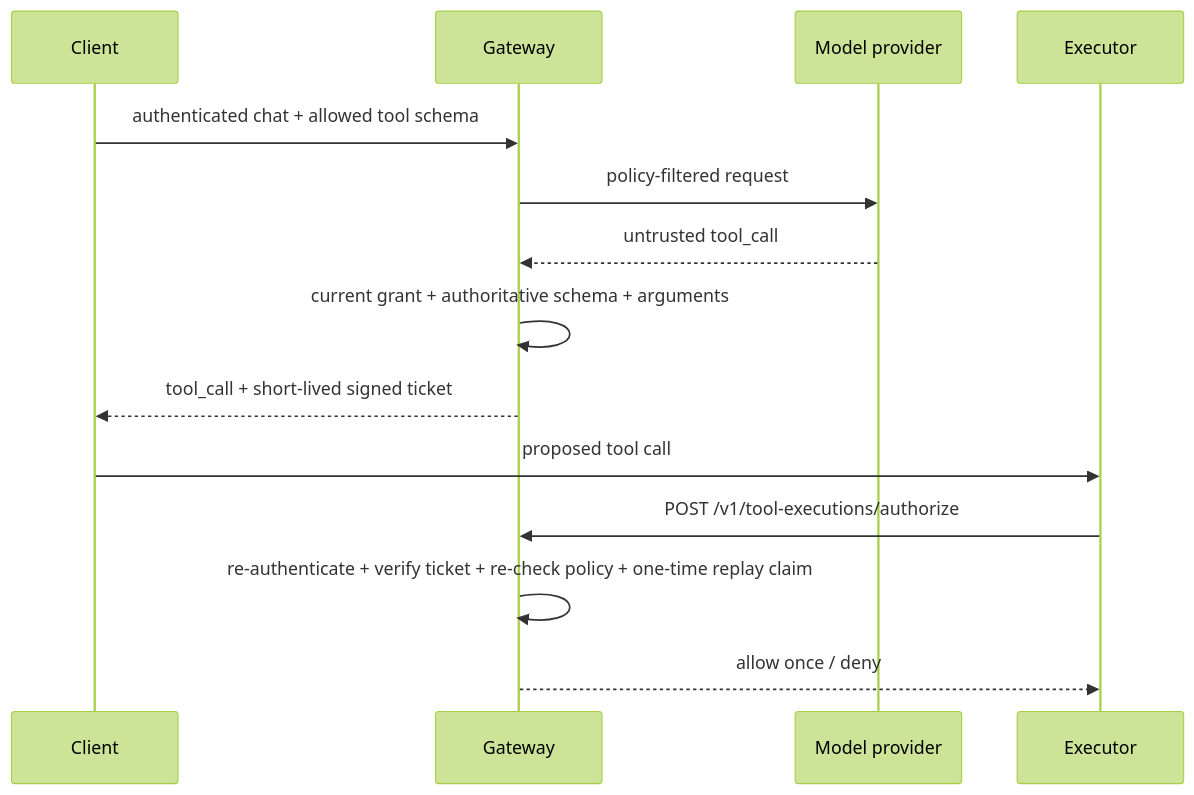
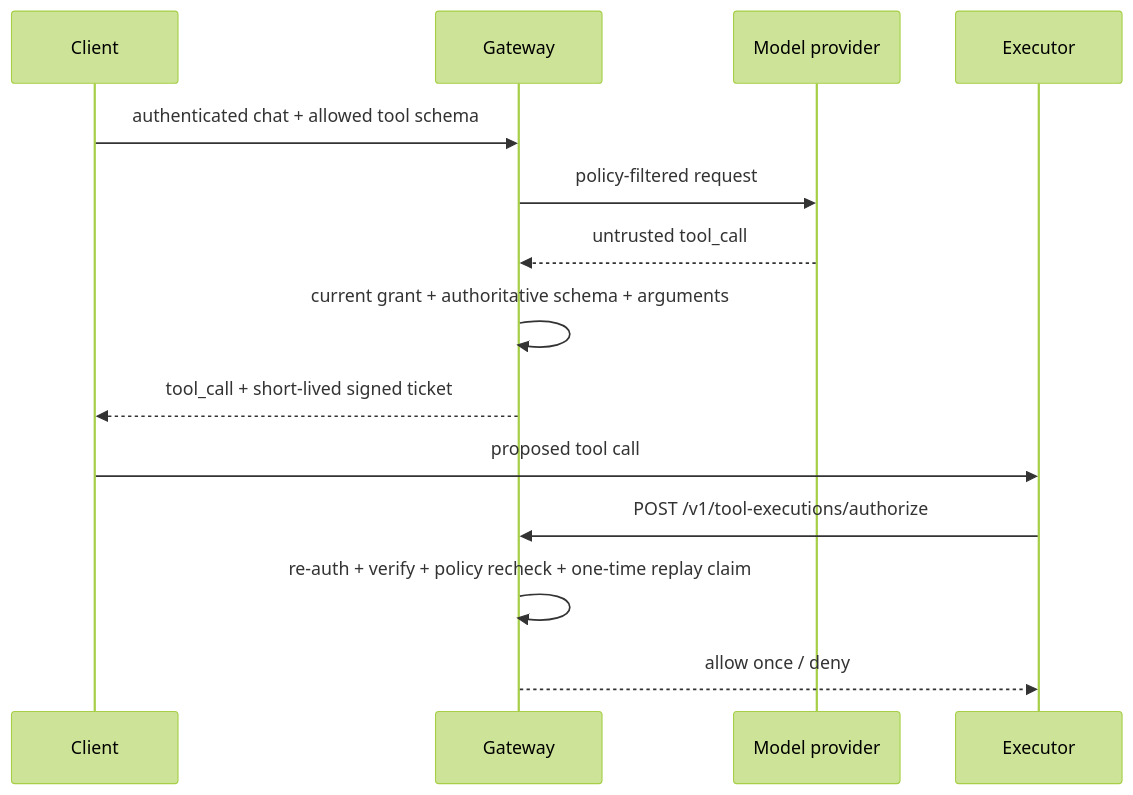
The second of 2 diagrams in README.md (joshuabisdorf/Secure-AI-Gateway), drawn with Mermaid (forest theme) before and after one commit. The commit also changed other lines of this file and 139 other files, not shown here.

````diff
--- a/README.md
+++ b/README.md
@@ -106,17 +139,17 @@
 ```mermaid
 sequenceDiagram
     participant C as Client
     participant G as Gateway
     participant M as Model provider
     participant E as Executor
 
     C->>G: authenticated chat + allowed tool schema
     G->>M: policy-filtered request
     M-->>G: untrusted tool_call
     G->>G: current grant + authoritative schema + arguments
     G-->>C: tool_call + short-lived signed ticket
     C->>E: proposed tool call
     E->>G: POST /v1/tool-executions/authorize
-    G->>G: re-authenticate + verify ticket + re-check policy + one-time replay claim
+    G->>G: re-auth + verify + policy recheck + one-time replay claim
     G-->>E: allow once / deny
 ```
````
